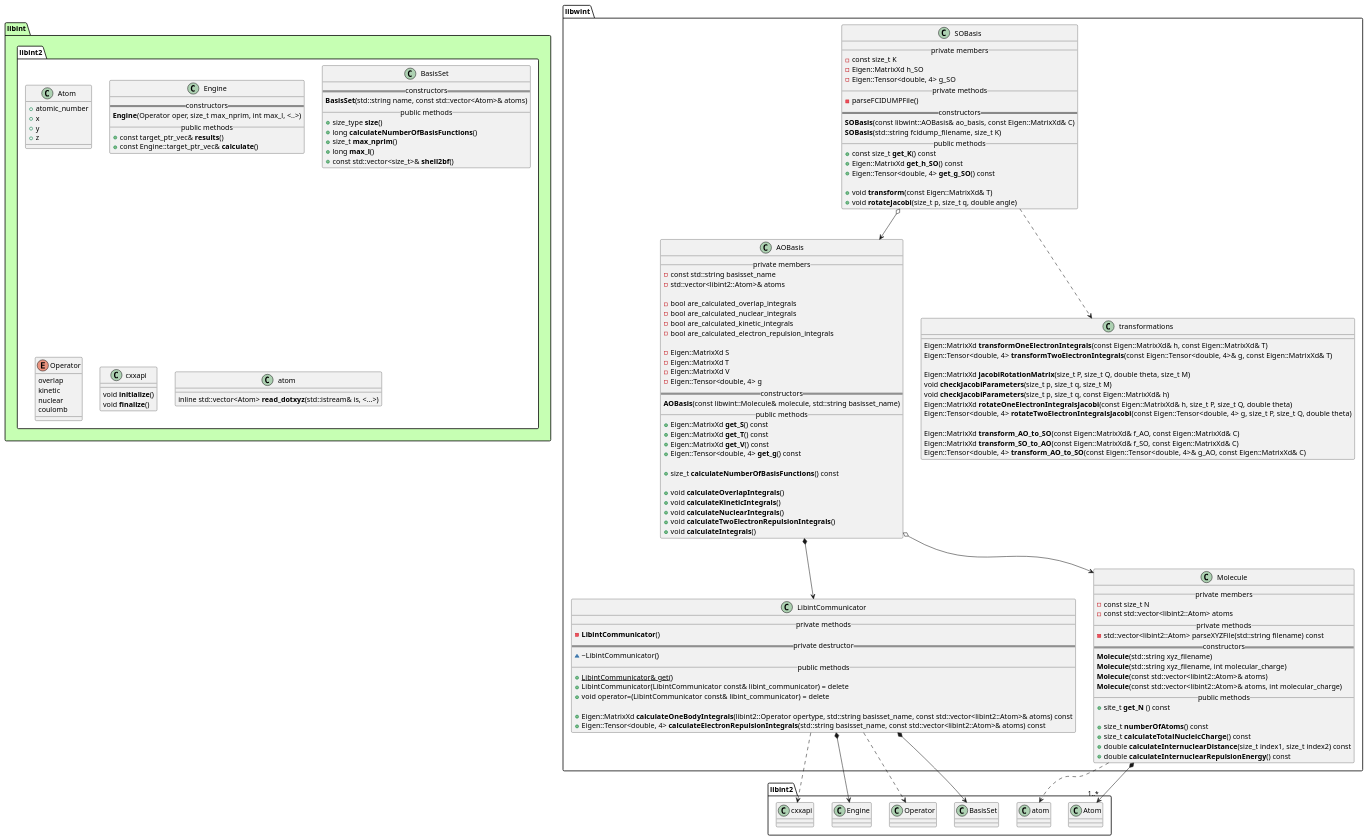
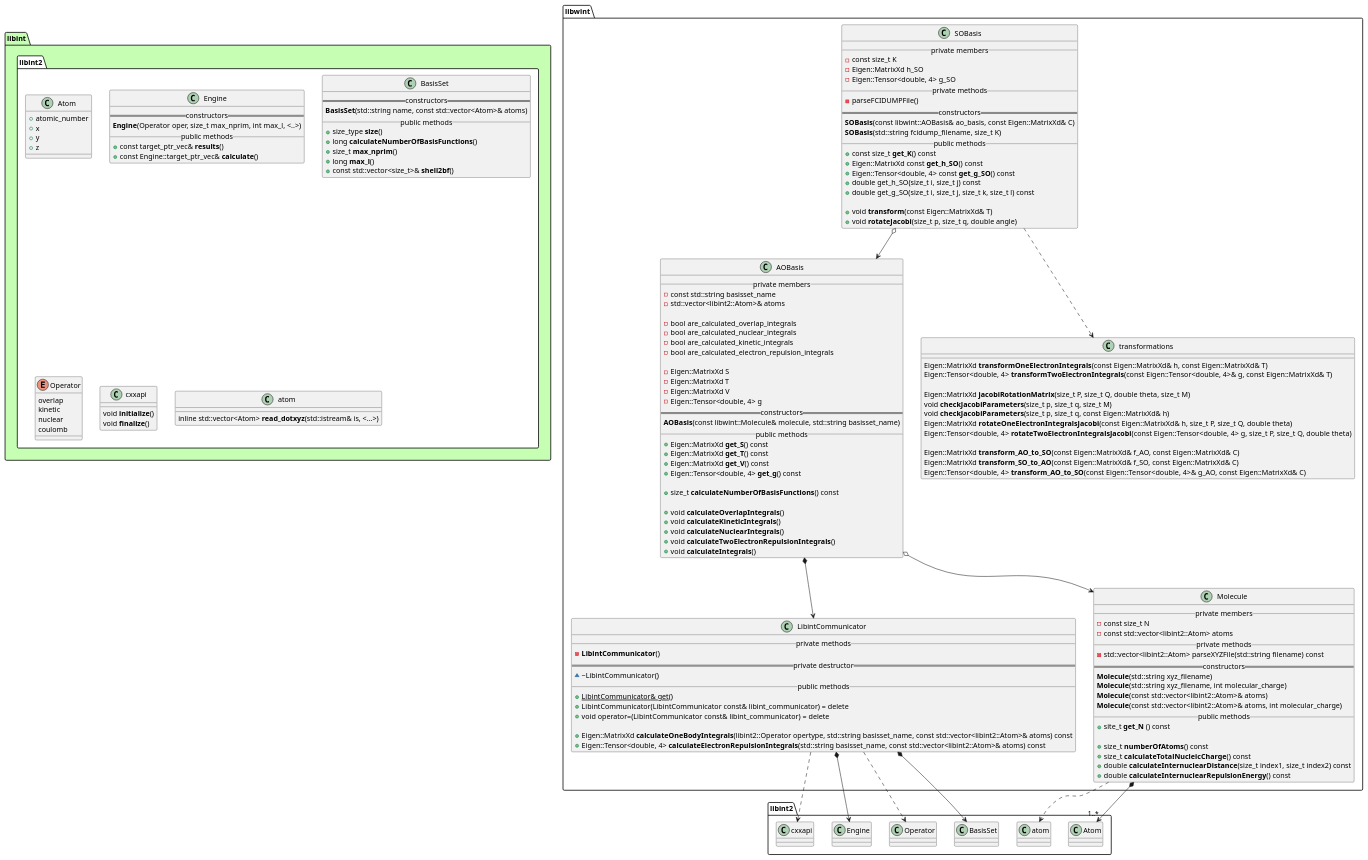
The diagram in docs/libwint.puml (tmhuysen/libwint), drawn with PlantUML before and after one commit. The commit also changed 1 other file, not shown here.

```diff
--- a/docs/libwint.puml
+++ b/docs/libwint.puml
@@ -1,179 +1,181 @@
 @startuml
 
 
 
 package libint #c6ffb3 {
     namespace libint2 #ffffff {
         class Atom {
             + atomic_number
             + x
             + y
             + z
         }
 
         class Engine {
             == constructors ==
                 **Engine**(Operator oper, size_t max_nprim, int max_l, <..>)
             __ public methods __
                 + const target_ptr_vec& **results**()
                 + const Engine::target_ptr_vec& **calculate**()
         }
 
         class BasisSet {
             == constructors ==
                 **BasisSet**(std::string name, const std::vector<Atom>& atoms)
             __ public methods __
                 + size_type **size**()
                 + long **calculateNumberOfBasisFunctions**()
                 + size_t **max_nprim**()
                 + long **max_l**()
                 + const std::vector<size_t>& **shell2bf**()
         }
 
         enum Operator {
             overlap
             kinetic
             nuclear
             coulomb
         }
 
         class cxxapi {
                 void **initialize**()
                 void **finalize**()
         }
 
         class atom {
             inline std::vector<Atom> **read_dotxyz**(std::istream& is, <...>)
         }
     }
 }
 
 
 
 
 namespace libwint {
 
     class AOBasis {
         __ private members __
             - const std::string basisset_name
             - std::vector<libint2::Atom>& atoms
 
             - bool are_calculated_overlap_integrals
             - bool are_calculated_nuclear_integrals
             - bool are_calculated_kinetic_integrals
             - bool are_calculated_electron_repulsion_integrals
 
             - Eigen::MatrixXd S
             - Eigen::MatrixXd T
             - Eigen::MatrixXd V
             - Eigen::Tensor<double, 4> g
         == constructors ==
             **AOBasis**(const libwint::Molecule& molecule, std::string basisset_name)
         __ public methods __
             + Eigen::MatrixXd **get_S**() const
             + Eigen::MatrixXd **get_T**() const
             + Eigen::MatrixXd **get_V**() const
             + Eigen::Tensor<double, 4> **get_g**() const
 
             + size_t **calculateNumberOfBasisFunctions**() const
 
             + void **calculateOverlapIntegrals**()
             + void **calculateKineticIntegrals**()
             + void **calculateNuclearIntegrals**()
             + void **calculateTwoElectronRepulsionIntegrals**()
             + void **calculateIntegrals**()
     }
 
 
     class SOBasis {
         __ private members __
             - const size_t K
             - Eigen::MatrixXd h_SO
             - Eigen::Tensor<double, 4> g_SO
         __ private methods __
             - parseFCIDUMPFile()
         == constructors ==
             **SOBasis**(const libwint::AOBasis& ao_basis, const Eigen::MatrixXd& C)
             **SOBasis**(std::string fcidump_filename, size_t K)
         __ public methods __
             + const size_t **get_K**() const
-            + Eigen::MatrixXd **get_h_SO**() const
-            + Eigen::Tensor<double, 4> **get_g_SO**() const
+            + Eigen::MatrixXd const **get_h_SO**() const
+            + Eigen::Tensor<double, 4> const **get_g_SO**() const
+            + double get_h_SO(size_t i, size_t j) const
+            + double get_g_SO(size_t i, size_t j, size_t k, size_t l) const
 
             + void **transform**(const Eigen::MatrixXd& T)
             + void **rotateJacobi**(size_t p, size_t q, double angle)
     }
 
 
     class transformations {
             Eigen::MatrixXd **transformOneElectronIntegrals**(const Eigen::MatrixXd& h, const Eigen::MatrixXd& T)
             Eigen::Tensor<double, 4> **transformTwoElectronIntegrals**(const Eigen::Tensor<double, 4>& g, const Eigen::MatrixXd& T)
 
             Eigen::MatrixXd **jacobiRotationMatrix**(size_t P, size_t Q, double theta, size_t M)
             void **checkJacobiParameters**(size_t p, size_t q, size_t M)
             void **checkJacobiParameters**(size_t p, size_t q, const Eigen::MatrixXd& h)
             Eigen::MatrixXd **rotateOneElectronIntegralsJacobi**(const Eigen::MatrixXd& h, size_t P, size_t Q, double theta)
             Eigen::Tensor<double, 4> **rotateTwoElectronIntegralsJacobi**(const Eigen::Tensor<double, 4> g, size_t P, size_t Q, double theta)
 
             Eigen::MatrixXd **transform_AO_to_SO**(const Eigen::MatrixXd& f_AO, const Eigen::MatrixXd& C)
             Eigen::MatrixXd **transform_SO_to_AO**(const Eigen::MatrixXd& f_SO, const Eigen::MatrixXd& C)
             Eigen::Tensor<double, 4> **transform_AO_to_SO**(const Eigen::Tensor<double, 4>& g_AO, const Eigen::MatrixXd& C)
 
     }
 
 
     class LibintCommunicator {
         __ private methods __
             - **LibintCommunicator**()
         == private destructor ==
             ~ ~LibintCommunicator()
         __ public methods __
             + {static} LibintCommunicator& get()
             + LibintCommunicator(LibintCommunicator const& libint_communicator) = delete
             + void operator=(LibintCommunicator const& libint_communicator) = delete
 
             + Eigen::MatrixXd **calculateOneBodyIntegrals**(libint2::Operator opertype, std::string basisset_name, const std::vector<libint2::Atom>& atoms) const
             + Eigen::Tensor<double, 4> **calculateElectronRepulsionIntegrals**(std::string basisset_name, const std::vector<libint2::Atom>& atoms) const
     }
 
 
     class Molecule {
         __ private members __
             - const size_t N
             - const std::vector<libint2::Atom> atoms
         __ private methods __
             - std::vector<libint2::Atom> parseXYZFile(std::string filename) const
         == constructors ==
             **Molecule**(std::string xyz_filename)
             **Molecule**(std::string xyz_filename, int molecular_charge)
             **Molecule**(const std::vector<libint2::Atom>& atoms)
             **Molecule**(const std::vector<libint2::Atom>& atoms, int molecular_charge)
         __ public methods __
             + site_t **get_N** () const
 
             + size_t **numberOfAtoms**() const
             + size_t **calculateTotalNucleicCharge**() const
             + double **calculateInternuclearDistance**(size_t index1, size_t index2) const
             + double **calculateInternuclearRepulsionEnergy**() const
     }
 
 }
 
 
 
 libwint.AOBasis o--> libwint.Molecule
 libwint.AOBasis *--> libwint.LibintCommunicator
 
 libwint.LibintCommunicator *--> libint2.BasisSet
 libwint.LibintCommunicator ..> libint2.Operator
 libwint.LibintCommunicator *--> libint2.Engine
 libwint.LibintCommunicator ..> libint2.cxxapi
 
 libwint.Molecule *--> "1..*" libint2.Atom
 libwint.Molecule ..> libint2.atom
 
 libwint.SOBasis ..> libwint.transformations
 libwint.SOBasis o--> libwint.AOBasis
 
 
 @enduml
```
